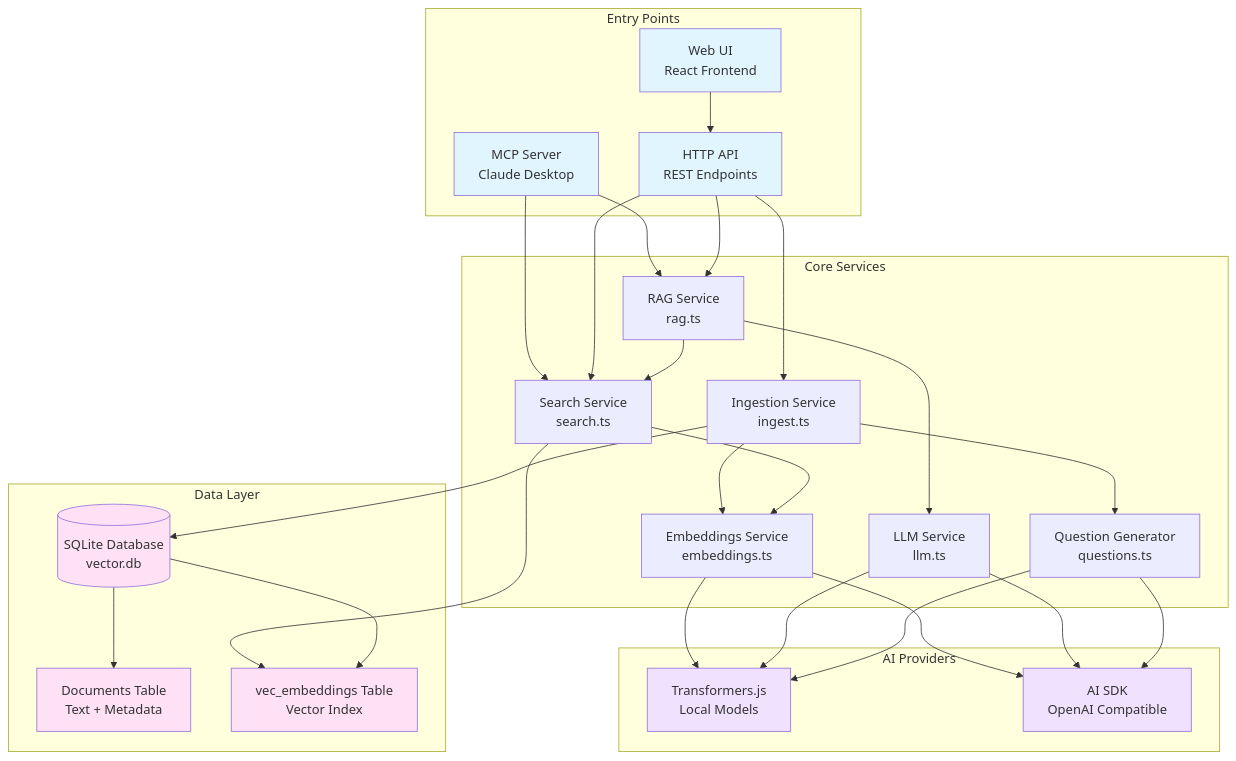
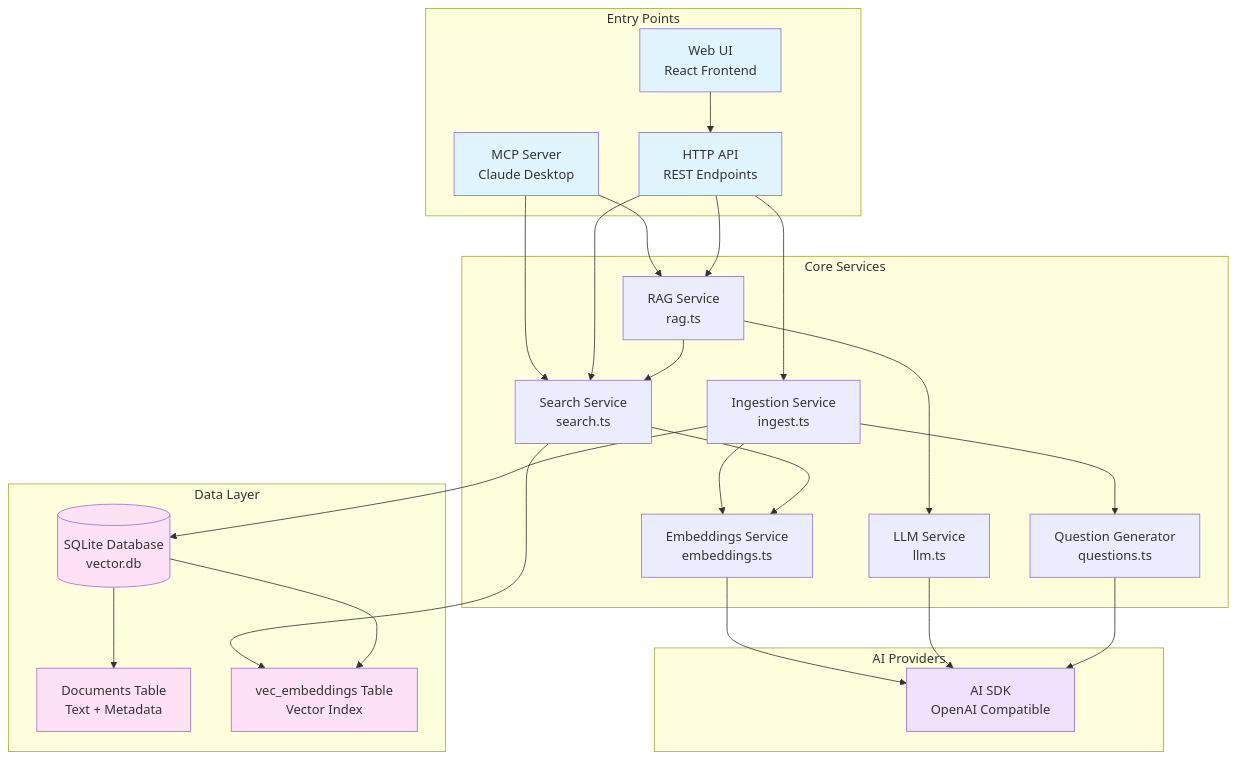
The first of 5 diagrams in src/frontend/pages/docs/ARCHITECTURE.md (weaverwhale/bun-vector-mcp), drawn with Mermaid before and after one commit. The commit also changed other lines of this file and 8 other files, not shown here.

````diff
--- a/src/frontend/pages/docs/ARCHITECTURE.md
+++ b/src/frontend/pages/docs/ARCHITECTURE.md
@@ -19,64 +19,59 @@
 ```mermaid
 graph TB
     subgraph "Entry Points"
         UI[Web UI<br/>React Frontend]
         API[HTTP API<br/>REST Endpoints]
         MCP[MCP Server<br/>Claude Desktop]
     end
 
     subgraph "Core Services"
         INGEST[Ingestion Service<br/>ingest.ts]
         EMBED[Embeddings Service<br/>embeddings.ts]
         SEARCH[Search Service<br/>search.ts]
         RAG[RAG Service<br/>rag.ts]
         LLM[LLM Service<br/>llm.ts]
         QUESTIONS[Question Generator<br/>questions.ts]
     end
 
     subgraph "Data Layer"
         DB[(SQLite Database<br/>vector.db)]
         DOCS[Documents Table<br/>Text + Metadata]
         VEC[vec_embeddings Table<br/>Vector Index]
     end
 
     subgraph "AI Providers"
-        TRANS[Transformers.js<br/>Local Models]
         AISDK[AI SDK<br/>OpenAI Compatible]
     end
 
     UI --> API
     MCP --> SEARCH
     MCP --> RAG
     API --> SEARCH
     API --> RAG
     API --> INGEST
 
     INGEST --> EMBED
     INGEST --> QUESTIONS
     INGEST --> DB
 
     SEARCH --> EMBED
     SEARCH --> VEC
 
     RAG --> SEARCH
     RAG --> LLM
 
-    EMBED --> TRANS
     EMBED --> AISDK
-    LLM --> TRANS
     LLM --> AISDK
-    QUESTIONS --> TRANS
     QUESTIONS --> AISDK
 
     DB --> DOCS
     DB --> VEC
 
     style UI fill:#e1f5ff
     style API fill:#e1f5ff
     style MCP fill:#e1f5ff
     style DB fill:#ffe1f5
     style DOCS fill:#ffe1f5
     style VEC fill:#ffe1f5
-    style TRANS fill:#f0e1ff
     style AISDK fill:#f0e1ff
 ```
````
